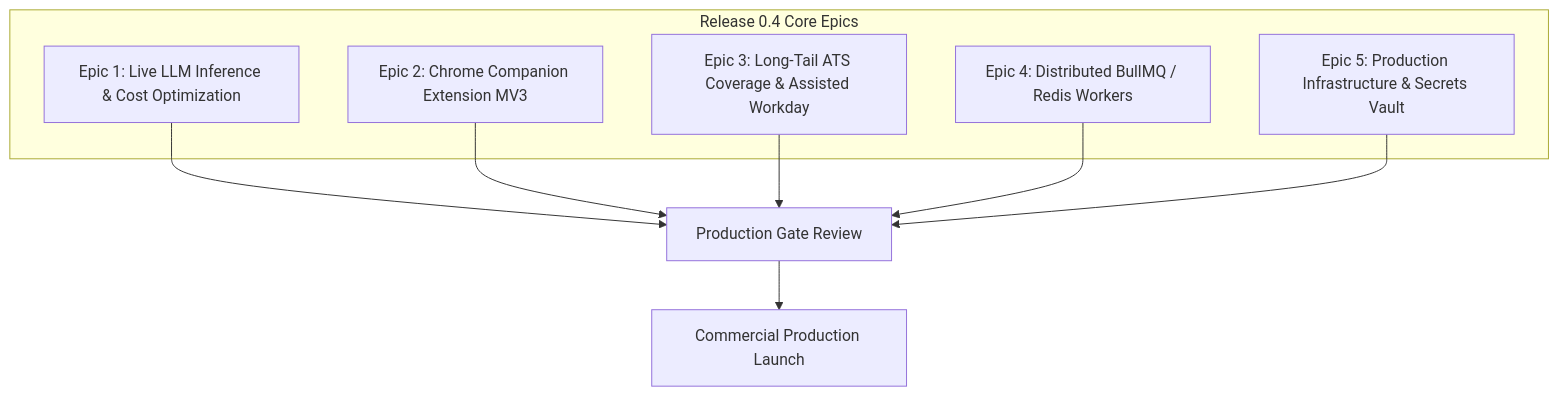
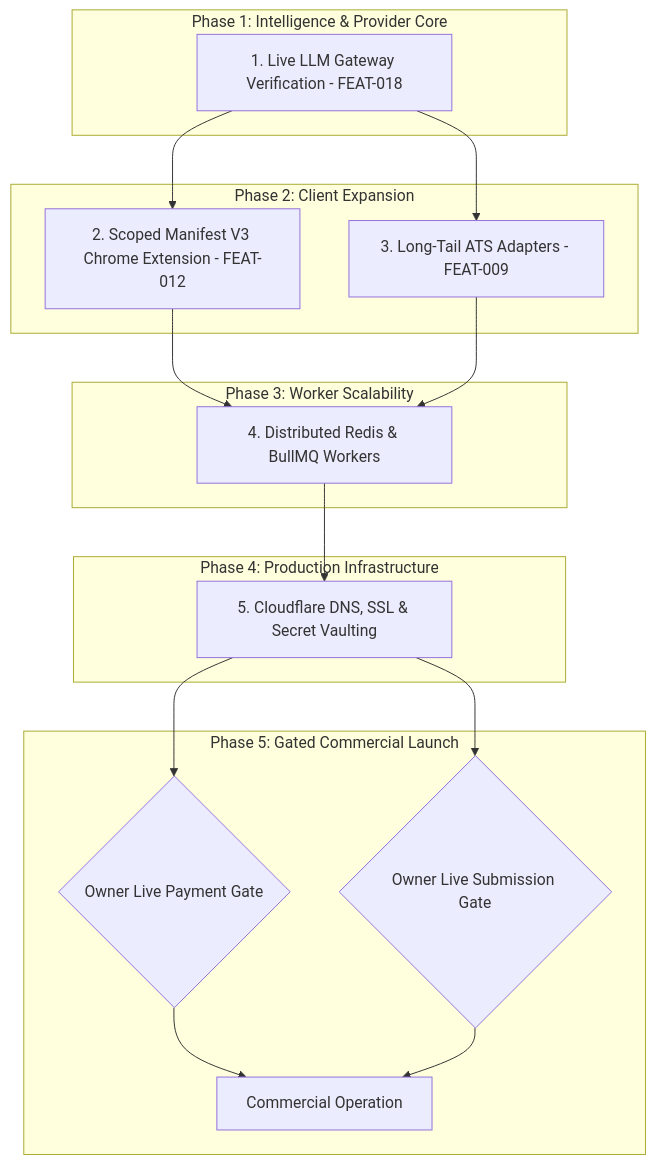
Before and after one commit to SameerAliKhan-git/Rolevia-AI: the diagram in docs/reports/NEXT_RELEASE_PLAN.md, drawn with Mermaid. The commit also changed other lines of this file and 10 other files, not shown here.

Commit message:
feat(integrity): reconcile feature backlog, add postgres submission lock, multiprocess crash suite, and commercial llm evaluation

````diff
--- a/docs/reports/NEXT_RELEASE_PLAN.md
+++ b/docs/reports/NEXT_RELEASE_PLAN.md
@@ -29,17 +29,35 @@
 ```mermaid
 graph TD
-    subgraph Release_0_4_Epics [Release 0.4 Core Epics]
-        E1[Epic 1: Live LLM Inference & Cost Optimization]
-        E2[Epic 2: Chrome Companion Extension MV3]
-        E3[Epic 3: Long-Tail ATS Coverage & Assisted Workday]
-        E4[Epic 4: Distributed BullMQ / Redis Workers]
-        E5[Epic 5: Production Infrastructure & Secrets Vault]
+    subgraph Phase_1 [Phase 1: Intelligence & Provider Core]
+        P1[1. Live LLM Gateway Verification - FEAT-018]
     end
 
-    E1 --> Gate[Production Gate Review]
-    E2 --> Gate
-    E3 --> Gate
-    E4 --> Gate
-    E5 --> Gate
-    Gate --> Launch[Commercial Production Launch]
+    subgraph Phase_2 [Phase 2: Client Expansion]
+        P2[2. Scoped Manifest V3 Chrome Extension - FEAT-012]
+        P3[3. Long-Tail ATS Adapters - FEAT-009]
+    end
+
+    subgraph Phase_3 [Phase 3: Worker Scalability]
+        P4[4. Distributed Redis & BullMQ Workers]
+    end
+
+    subgraph Phase_4 [Phase 4: Production Infrastructure]
+        P5[5. Cloudflare DNS, SSL & Secret Vaulting]
+    end
+
+    subgraph Phase_5 [Phase 5: Gated Commercial Launch]
+        Gate1{Owner Live Payment Gate}
+        Gate2{Owner Live Submission Gate}
+        Launch[Commercial Operation]
+    end
+
+    P1 --> P2
+    P1 --> P3
+    P2 --> P4
+    P3 --> P4
+    P4 --> P5
+    P5 --> Gate1
+    P5 --> Gate2
+    Gate1 --> Launch
+    Gate2 --> Launch
 ```
````
